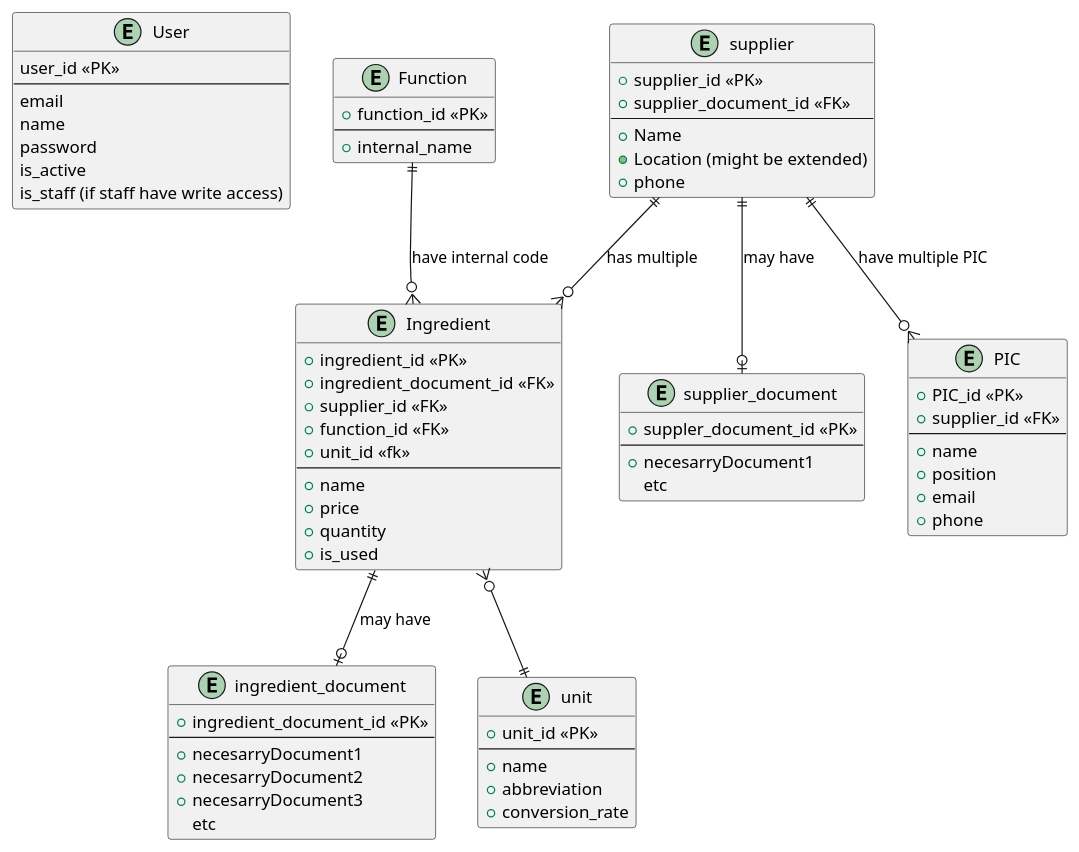
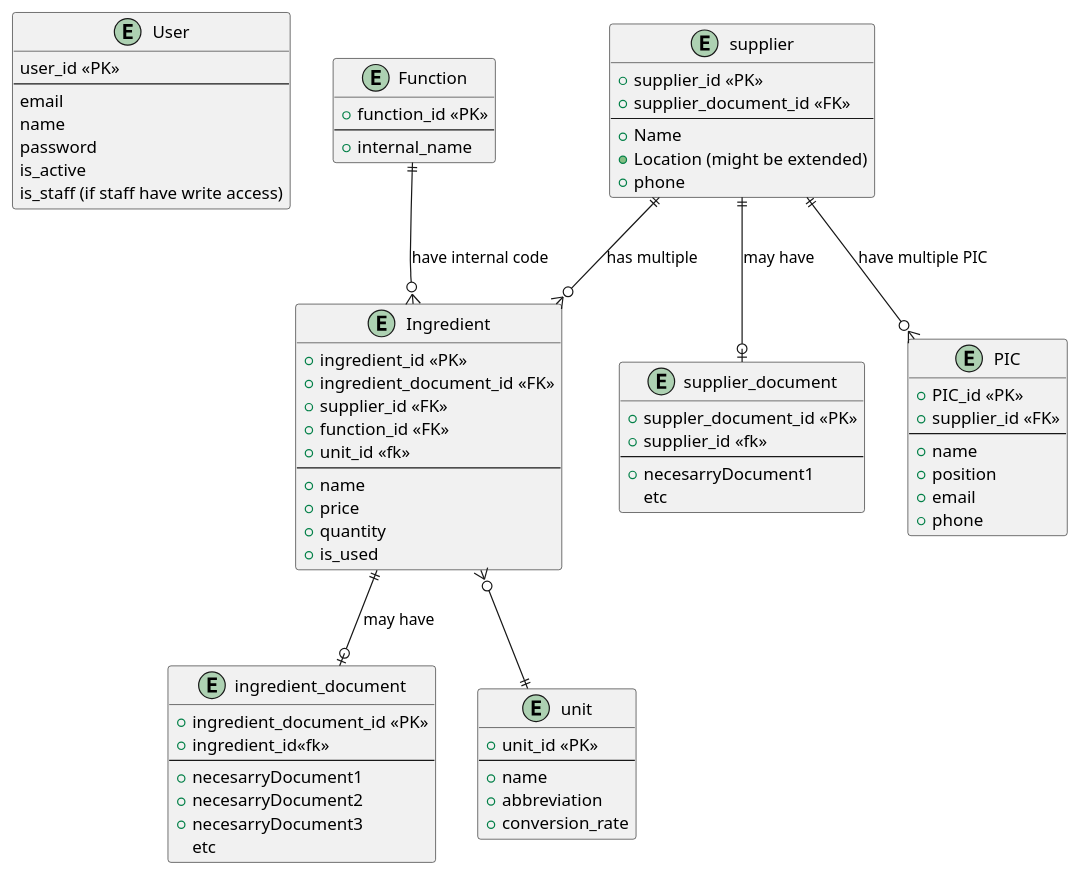
The diagram in DatabaseDesign.puml (Revelvol/supplierManagementApi), drawn with PlantUML before and after one commit. The commit also changed 4 other files, not shown here.

```diff
--- a/DatabaseDesign.puml
+++ b/DatabaseDesign.puml
@@ -1,88 +1,90 @@
 @startuml
 
 entity User {
    user_id <<PK>>
    --
    email
    name
    password
    is_active
    is_staff (if staff have write access)
 }
 
 entity Ingredient {
   +ingredient_id <<PK>>
 +ingredient_document_id <<FK>>
   +supplier_id <<FK>>
   +function_id <<FK>>
   +unit_id <<fk>>
   --
   +name
   +price
   +quantity
   +is_used
 }
 
 entity Function {
   +function_id <<PK>>
   --
   +internal_name
 }
 
 entity ingredient_document {
   +ingredient_document_id <<PK>>
+  +ingredient_id<<fk>>
   --
   +necesarryDocument1
   +necesarryDocument2
   +necesarryDocument3
   etc
 }
 
 entity unit {
 + unit_id <<PK>>
 --
 +name
 +abbreviation
 +conversion_rate
 }
 entity supplier {
   +supplier_id <<PK>>
   +supplier_document_id <<FK>>
   --
   +Name
   +Location (might be extended)
   +phone
 }
 
 entity supplier_document {
   +suppler_document_id <<PK>>
+  +supplier_id <<fk>>
   --
   +necesarryDocument1
   etc
 }
 
 entity PIC{
   +PIC_id <<PK>>
   +supplier_id <<FK>>
   --
   +name
   +position
   +email
   +phone
 }
 
 
 
 supplier ||--o{ Ingredient : has multiple
 
 supplier ||--o| supplier_document : may have
 
 Function ||--o{ Ingredient : have internal code
 
 Ingredient ||--o| ingredient_document : may have
 
 supplier ||--o{ PIC : have multiple PIC
 
 Ingredient }o--|| unit
 
 @enduml
```
